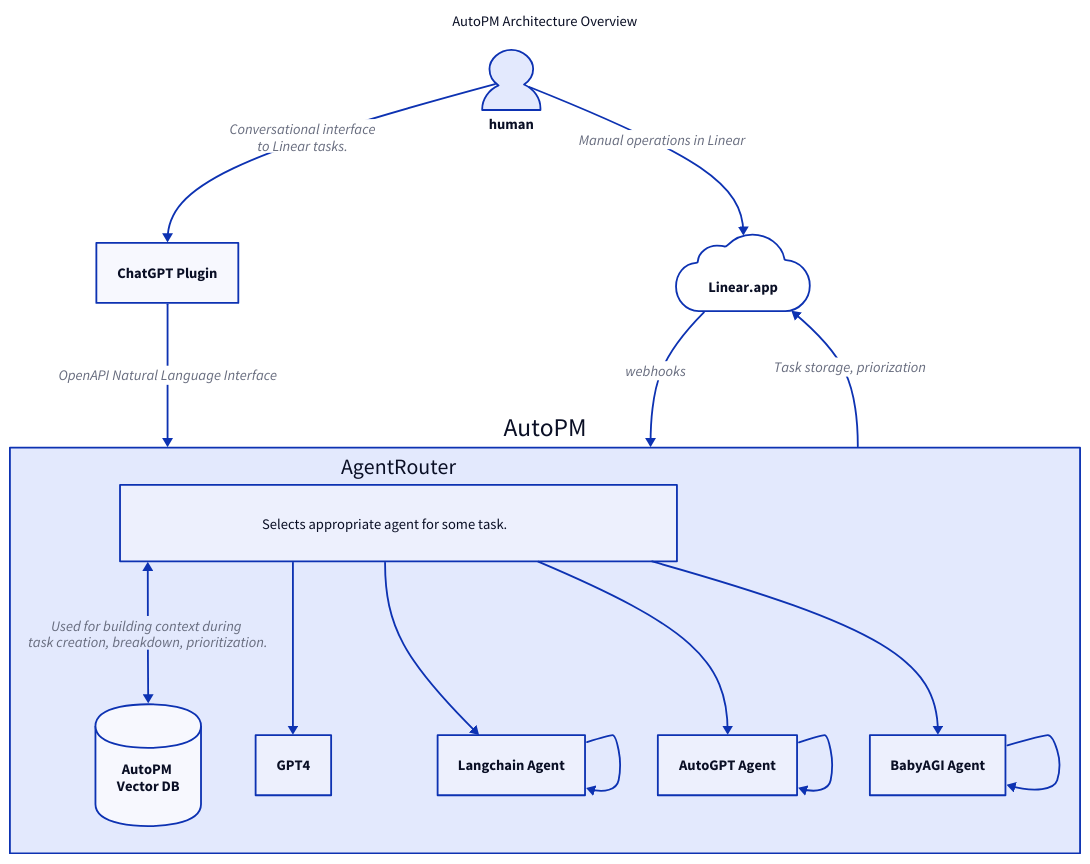
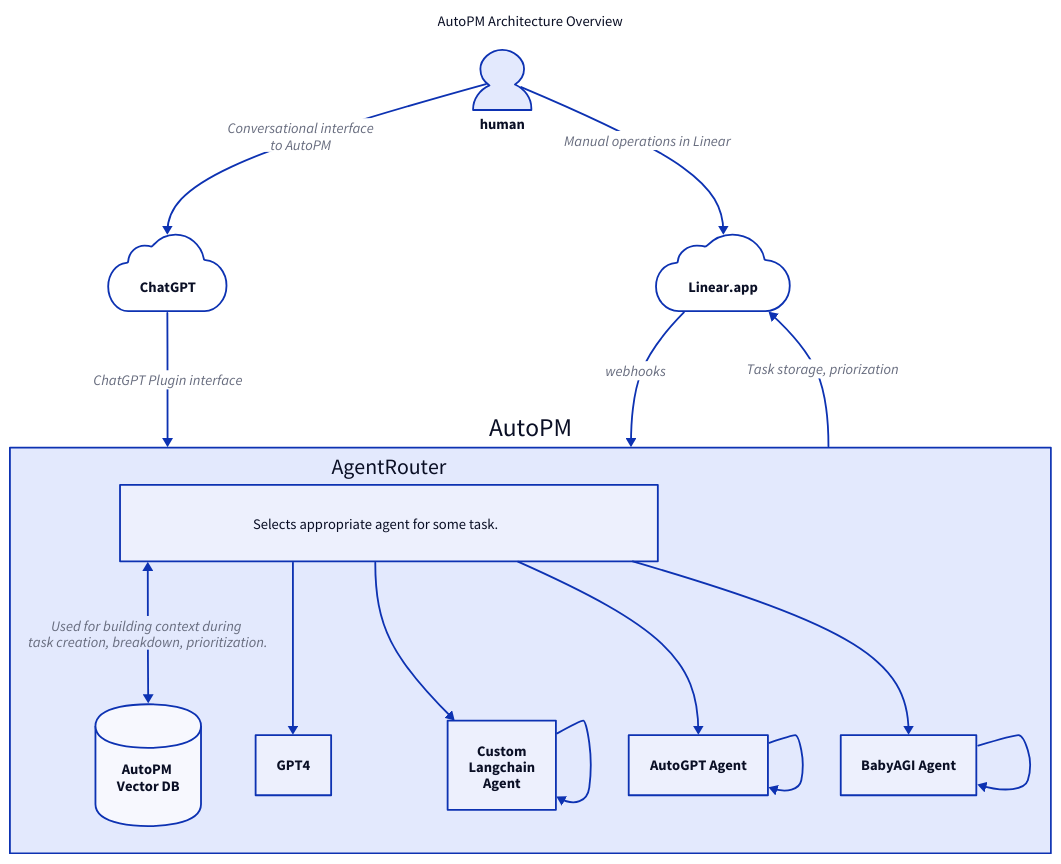
The diagram in docs/architecture-diagram.d2 (Auto-PM/Auto-PM), drawn with D2 before and after one commit. The commit also changed 1 other file, not shown here.

```diff
--- a/docs/architecture-diagram.d2
+++ b/docs/architecture-diagram.d2
@@ -1,39 +1,43 @@
 explain: |md
   AutoPM Architecture Overview
 | {
   near: top-center
 }
 
 linear: Linear.app {
   shape: cloud
 }
 human: {
   shape: person
 }
-human -> ChatGPT Plugin: Conversational interface\nto Linear tasks.
-ChatGPT Plugin -> AutoPM: OpenAPI Natural Language Interface
+human -> ChatGPT : Conversational interface\nto AutoPM
+ChatGPT -> AutoPM: ChatGPT Plugin interface
+ChatGPT {
+	shape: cloud
+}
 
 AutoPM -> linear: Task storage, priorization
 human -> linear: Manual operations in Linear
 
 linear -> AutoPM: webhooks
 
 AutoPM: {
 		AgentRouter {
 				explain: |md
 				Selects appropriate agent for some task.
 				|
 		}
   AgentRouter <-> vdb: Used for building context during \ntask creation, breakdown, prioritization.
   vdb: AutoPM \nVector DB {
     shape: cylinder
   }
 
   AgentRouter -> GPT4
-  AgentRouter -> Langchain Agent
+  AgentRouter -> Custom\nLangchain\nAgent
   AgentRouter -> AutoGPT Agent
   AgentRouter -> BabyAGI Agent
-  Langchain Agent -> Langchain Agent
+
+  Custom\nLangchain\nAgent -> Custom\nLangchain\nAgent
   AutoGPT Agent -> AutoGPT Agent
   BabyAGI Agent -> BabyAGI Agent
 }
```
